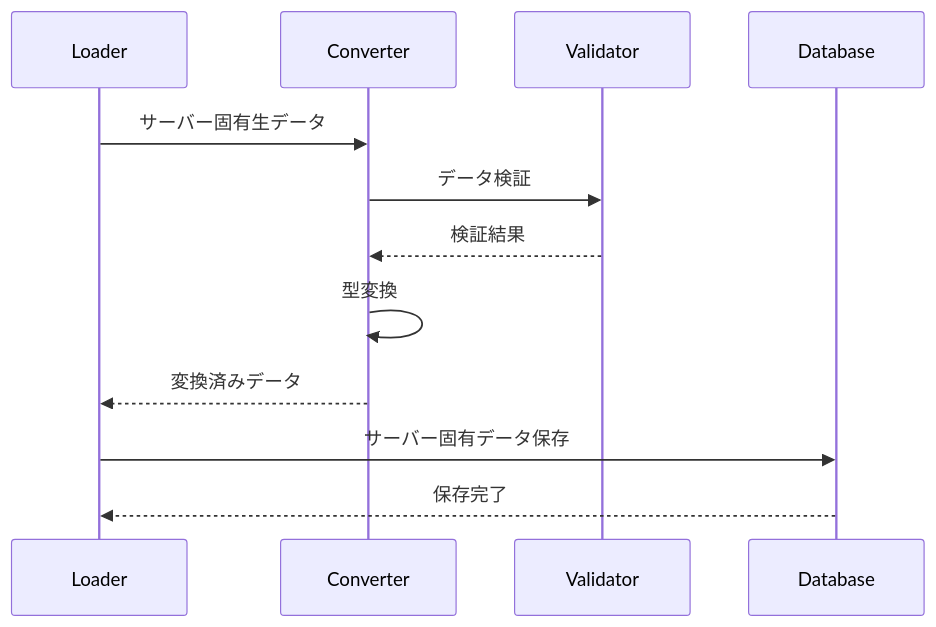
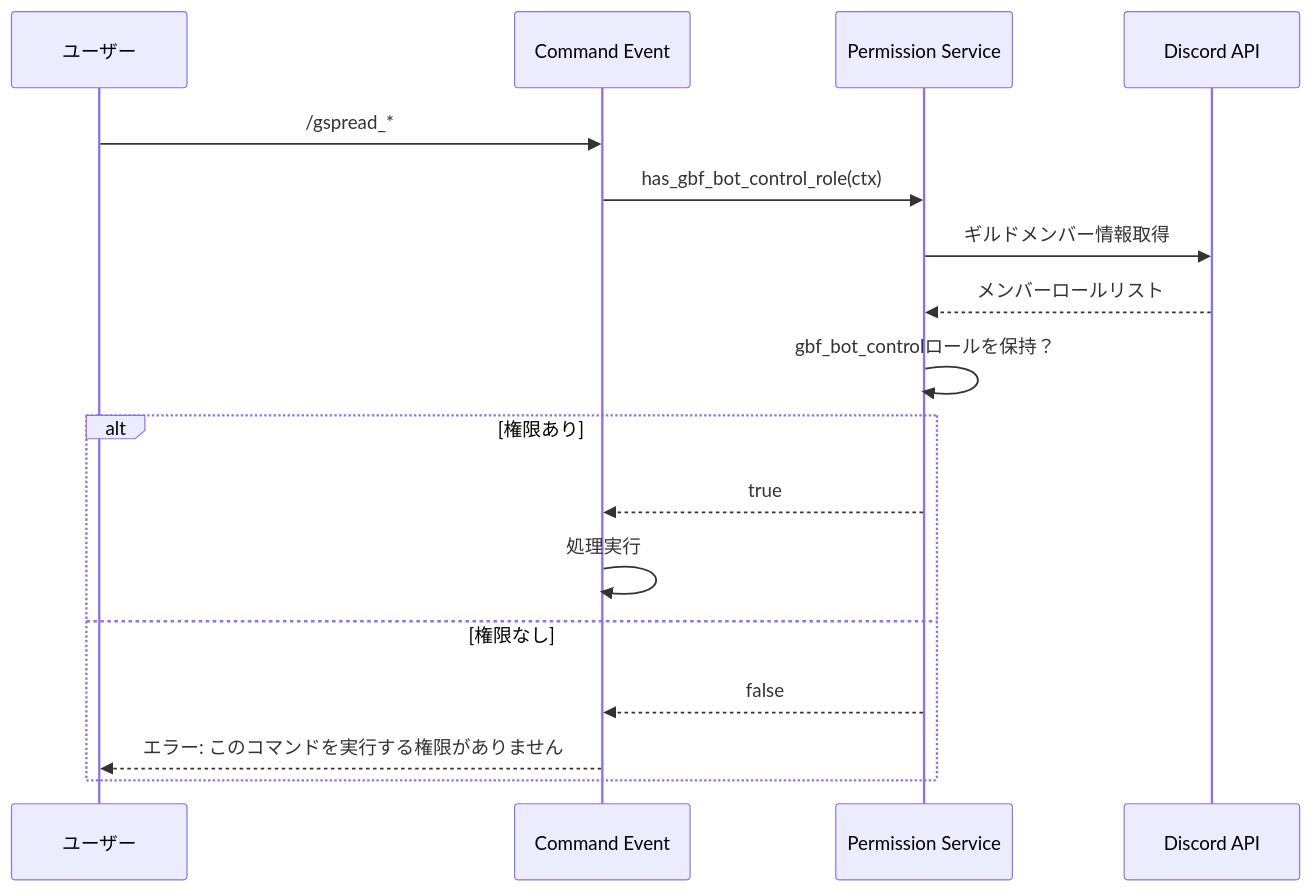
One commit to varubogu/gbf_discord_bot_rs changed the third of 3 diagrams in docs/develop/features/google_spreadsheet_guild.md. Above: the diagram before and after it, drawn with Mermaid. The commit also changed other lines of this file and 1 other file, not shown here.

````diff
--- a/docs/develop/features/google_spreadsheet_guild.md
+++ b/docs/develop/features/google_spreadsheet_guild.md
@@ -141,15 +329,21 @@
 ```mermaid
 sequenceDiagram
-    participant L as Loader
-    participant C as Converter
-    participant V as Validator
-    participant D as Database
+    participant User as ユーザー
+    participant Event as Command Event
+    participant Permission as Permission Service
+    participant Discord as Discord API
 
-    L->>C: サーバー固有生データ
-    C->>V: データ検証
-    V-->>C: 検証結果
-    C->>C: 型変換
-    C-->>L: 変換済みデータ
-    L->>D: サーバー固有データ保存
-    D-->>L: 保存完了
+    User->>Event: /gspread_*
+    Event->>Permission: has_gbf_bot_control_role(ctx)
+    Permission->>Discord: ギルドメンバー情報取得
+    Discord-->>Permission: メンバーロールリスト
+    Permission->>Permission: gbf_bot_controlロールを保持？
+
+    alt 権限あり
+        Permission-->>Event: true
+        Event->>Event: 処理実行
+    else 権限なし
+        Permission-->>Event: false
+        Event-->>User: エラー: このコマンドを実行する権限がありません
+    end
 ```
````
